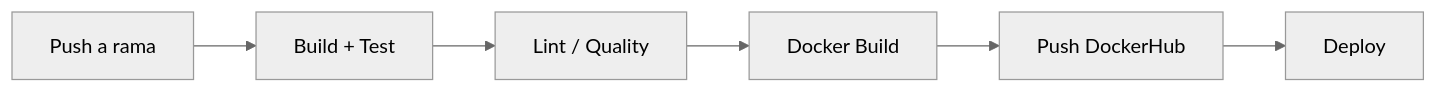
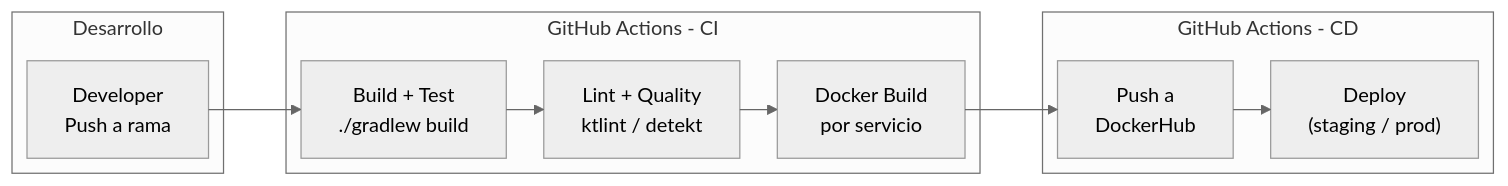
The sixth of 7 diagrams in openspec/changes/migracion-microservicios/architecture-diagrams.md (HecAguilaV/SIGA), drawn with Mermaid (neutral theme) before and after one commit. The commit also changed other lines of this file, not shown here.

Commit message:
docs: mejorar renderizado de diagramas Mermaid con ELK para líneas rectas

````diff
--- a/openspec/changes/migracion-microservicios/architecture-diagrams.md
+++ b/openspec/changes/migracion-microservicios/architecture-diagrams.md
@@ -237,8 +253,24 @@
 ```mermaid
-graph LR
-    A["Push a rama"] --> B["Build + Test"]
-    B --> C["Lint / Quality"]
-    C --> D["Docker Build"]
-    D --> E["Push DockerHub"]
-    E --> F["Deploy"]
+%%{init: {"flowchart": {"defaultRenderer": "elk"}}}%%
+flowchart LR
+    subgraph Desarrollo["Desarrollo"]
+        DEV["Developer<br/>Push a rama"]
+    end
+
+    subgraph CI["GitHub Actions - CI"]
+        BU["Build + Test<br/>./gradlew build"]
+        LI["Lint + Quality<br/>ktlint / detekt"]
+        DO["Docker Build<br/>por servicio"]
+    end
+
+    subgraph CD["GitHub Actions - CD"]
+        DH["Push a<br/>DockerHub"]
+        DP["Deploy<br/>(staging / prod)"]
+    end
+
+    DEV --> BU
+    BU --> LI
+    LI --> DO
+    DO --> DH
+    DH --> DP
 ```
````
